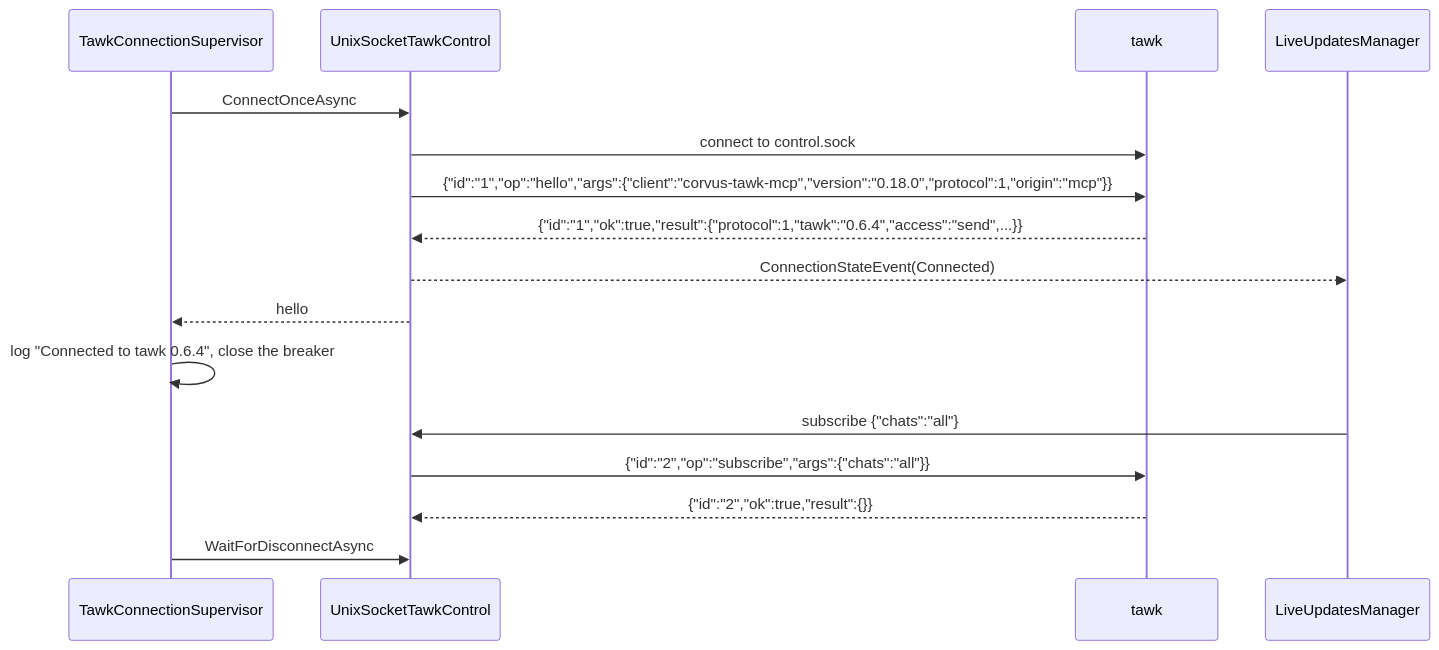
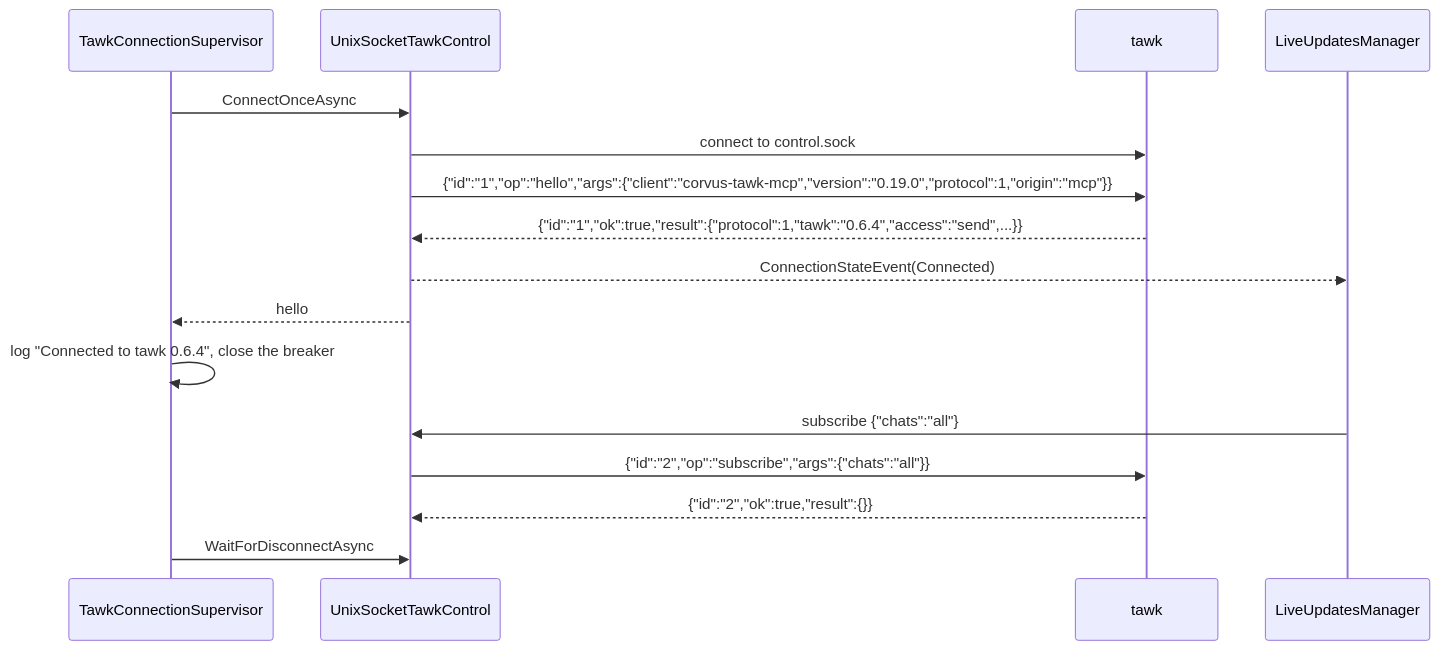
One commit to loganventer/Corvus.Mcp.Server.Tawk changed the first of 14 diagrams in HOW_IT_WORKS.md. Above: the diagram before and after it, drawn with Mermaid. The commit also changed 64 other files, not shown here.

````diff
--- a/HOW_IT_WORKS.md
+++ b/HOW_IT_WORKS.md
@@ -35,19 +35,19 @@
 ```mermaid
 sequenceDiagram
     participant S as TawkConnectionSupervisor
     participant C as UnixSocketTawkControl
     participant T as tawk
     participant L as LiveUpdatesManager
 
     S->>C: ConnectOnceAsync
     C->>T: connect to control.sock
-    C->>T: {"id":"1","op":"hello","args":{"client":"corvus-tawk-mcp","version":"0.18.0","protocol":1,"origin":"mcp"}}
+    C->>T: {"id":"1","op":"hello","args":{"client":"corvus-tawk-mcp","version":"0.19.0","protocol":1,"origin":"mcp"}}
     T-->>C: {"id":"1","ok":true,"result":{"protocol":1,"tawk":"0.6.4","access":"send",...}}
     C-->>L: ConnectionStateEvent(Connected)
     C-->>S: hello
     S->>S: log "Connected to tawk 0.6.4", close the breaker
     L->>C: subscribe {"chats":"all"}
     C->>T: {"id":"2","op":"subscribe","args":{"chats":"all"}}
     T-->>C: {"id":"2","ok":true,"result":{}}
     S->>C: WaitForDisconnectAsync
 ```
````
